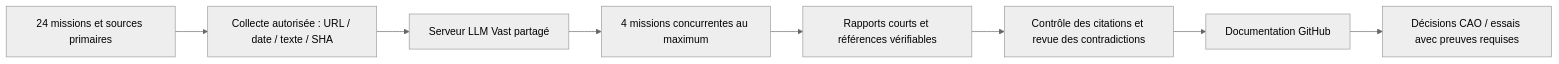
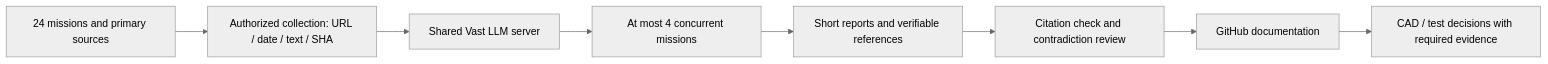
The second of 2 diagrams in docs/reports/M64_RESEARCH_EXECUTION_20260912.md (cluster2600/porscheparts), drawn with Mermaid (neutral theme) before and after one commit. The commit also changed other lines of this file and 228 other files, not shown here.

````diff
--- a/docs/reports/M64_RESEARCH_EXECUTION_20260912.md
+++ b/docs/reports/M64_RESEARCH_EXECUTION_20260912.md
@@ -121,10 +121,10 @@
 ```mermaid
 flowchart LR
-    A[24 missions et sources primaires] --> B[Collecte autorisée : URL / date / texte / SHA]
-    B --> C[Serveur LLM Vast partagé]
-    C --> D[4 missions concurrentes au maximum]
-    D --> E[Rapports courts et références vérifiables]
-    E --> F[Contrôle des citations et revue des contradictions]
-    F --> G[Documentation GitHub]
-    G --> H[Décisions CAO / essais avec preuves requises]
+    A[24 missions and primary sources] --> B[Authorized collection: URL / date / text / SHA]
+    B --> C[Shared Vast LLM server]
+    C --> D[At most 4 concurrent missions]
+    D --> E[Short reports and verifiable references]
+    E --> F[Citation check and contradiction review]
+    F --> G[GitHub documentation]
+    G --> H[CAD / test decisions with required evidence]
 ```
````
